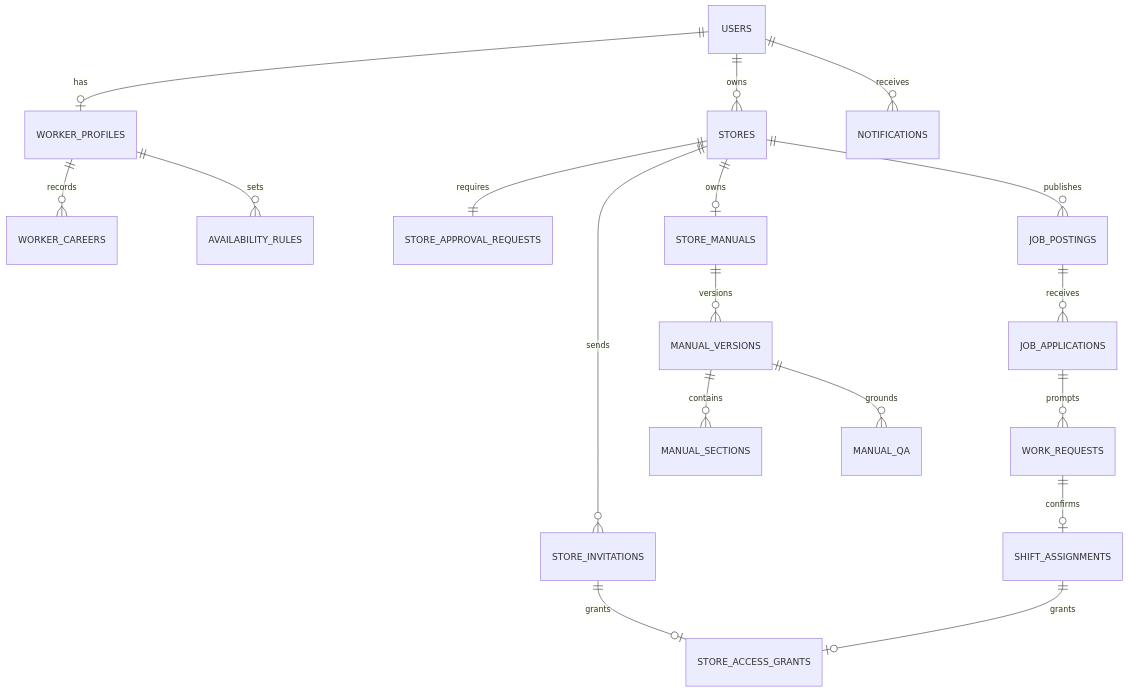
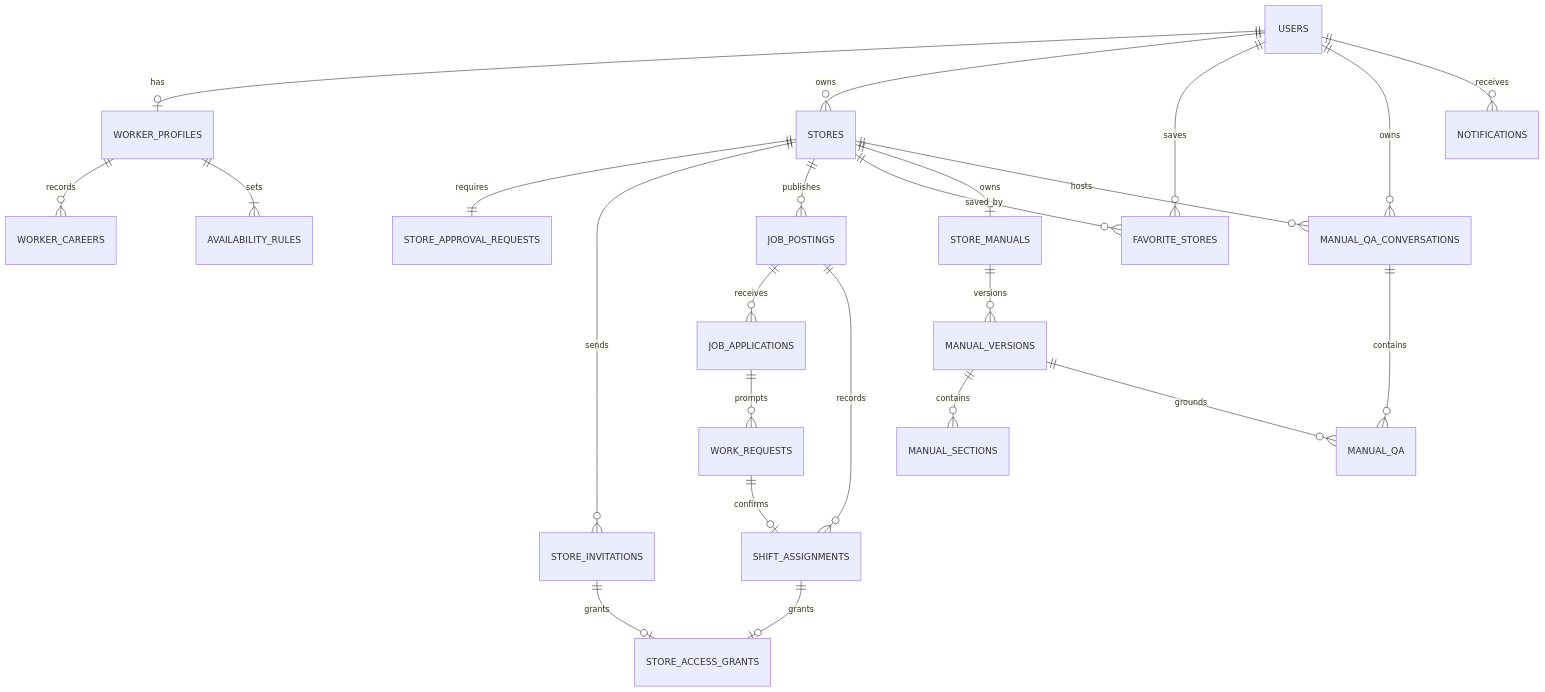
One commit to 2026-KW-HACKATHON/29_Jidan changed the diagram in back-end/docs/erd/README.md. Above: the diagram before and after it, drawn with Mermaid. The commit also changed other lines of this file, not shown here.

First line of the commit message:
docs(erd): OpenAPI 정합화 기준과 구현 책임 범위 갱신

````diff
--- a/back-end/docs/erd/README.md
+++ b/back-end/docs/erd/README.md
@@ -5,20 +7,26 @@
 ```mermaid
 erDiagram
     USERS ||--o| WORKER_PROFILES : has
     WORKER_PROFILES ||--o{ WORKER_CAREERS : records
-    WORKER_PROFILES ||--o{ AVAILABILITY_RULES : sets
+    WORKER_PROFILES ||--|{ AVAILABILITY_RULES : sets
     USERS ||--o{ STORES : owns
     STORES ||--|| STORE_APPROVAL_REQUESTS : requires
     STORES ||--o{ STORE_INVITATIONS : sends
     STORE_INVITATIONS ||--o| STORE_ACCESS_GRANTS : grants
     STORES ||--o{ JOB_POSTINGS : publishes
     JOB_POSTINGS ||--o{ JOB_APPLICATIONS : receives
     JOB_APPLICATIONS ||--o{ WORK_REQUESTS : prompts
     WORK_REQUESTS ||--o| SHIFT_ASSIGNMENTS : confirms
+    JOB_POSTINGS ||--o{ SHIFT_ASSIGNMENTS : records
     SHIFT_ASSIGNMENTS ||--o| STORE_ACCESS_GRANTS : grants
+    USERS ||--o{ FAVORITE_STORES : saves
+    STORES ||--o{ FAVORITE_STORES : saved_by
     STORES ||--o| STORE_MANUALS : owns
     STORE_MANUALS ||--o{ MANUAL_VERSIONS : versions
     MANUAL_VERSIONS ||--o{ MANUAL_SECTIONS : contains
+    STORES ||--o{ MANUAL_QA_CONVERSATIONS : hosts
+    USERS ||--o{ MANUAL_QA_CONVERSATIONS : owns
+    MANUAL_QA_CONVERSATIONS ||--o{ MANUAL_QA : contains
     MANUAL_VERSIONS ||--o{ MANUAL_QA : grounds
     USERS ||--o{ NOTIFICATIONS : receives
 ```
````
